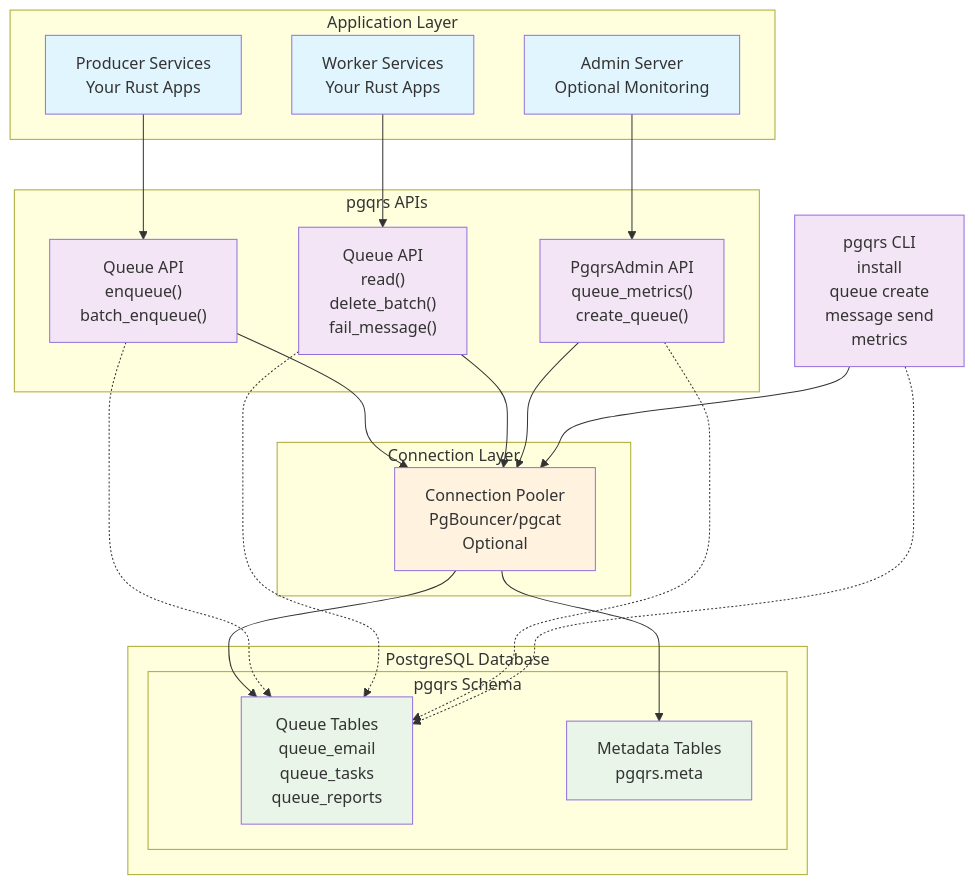
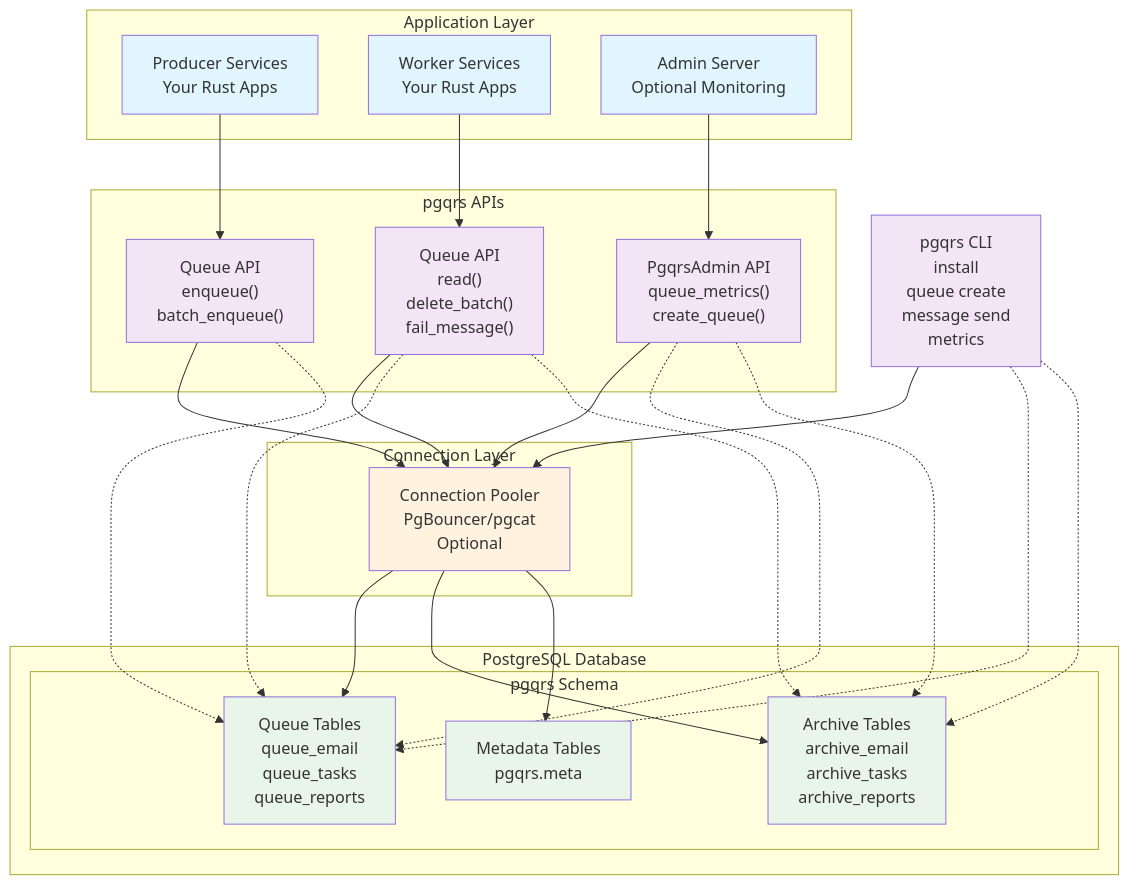
The diagram in README.md (vrajat/pgqrs), drawn with Mermaid before and after one commit. The commit also changed other lines of this file, not shown here.

First line of the commit message:
Add comprehensive archive functionality documentation to README

````diff
--- a/README.md
+++ b/README.md
@@ -18,57 +19,62 @@
 ```mermaid
 graph TB
     subgraph "Application Layer"
         P["Producer Services<br/>Your Rust Apps"]
         W["Worker Services<br/>Your Rust Apps"]
         A["Admin Server<br/>Optional Monitoring"]
     end
 
     subgraph "pgqrs APIs"
         PQ["Queue API<br/>enqueue()<br/>batch_enqueue()"]
         WQ["Queue API<br/>read()<br/>delete_batch()<br/>fail_message()"]
         AA["PgqrsAdmin API<br/>queue_metrics()<br/>create_queue()"]
     end
 
     CLI["pgqrs CLI<br/>install<br/>queue create<br/>message send<br/>metrics"]
 
     subgraph "Connection Layer"
         CP["Connection Pooler<br/>PgBouncer/pgcat<br/>Optional"]
     end
 
     subgraph "PostgreSQL Database"
         subgraph "pgqrs Schema"
             QT["Queue Tables<br/>queue_email<br/>queue_tasks<br/>queue_reports"]
+            AT["Archive Tables<br/>archive_email<br/>archive_tasks<br/>archive_reports"]
             META["Metadata Tables<br/>pgqrs.meta"]
         end
     end
 
     %% Connections
     P --> PQ
     W --> WQ
     A --> AA
 
     PQ --> CP
     WQ --> CP
     AA --> CP
     CLI --> CP
 
     CP --> QT
+    CP --> AT
     CP --> META
 
     %% Alternative direct connection (without pooler)
     PQ -.-> QT
     WQ -.-> QT
+    WQ -.-> AT
     AA -.-> QT
+    AA -.-> AT
     CLI -.-> QT
+    CLI -.-> AT
 
     %% Styling
     classDef userApp fill:#e1f5fe
     classDef pgqrsLib fill:#f3e5f5
     classDef database fill:#e8f5e8
     classDef optional fill:#fff3e0
 
     class P,W,A userApp
     class PQ,WQ,AA,CLI pgqrsLib
-    class QT,META database
+    class QT,AT,META database
     class CP optional
 ```
````
